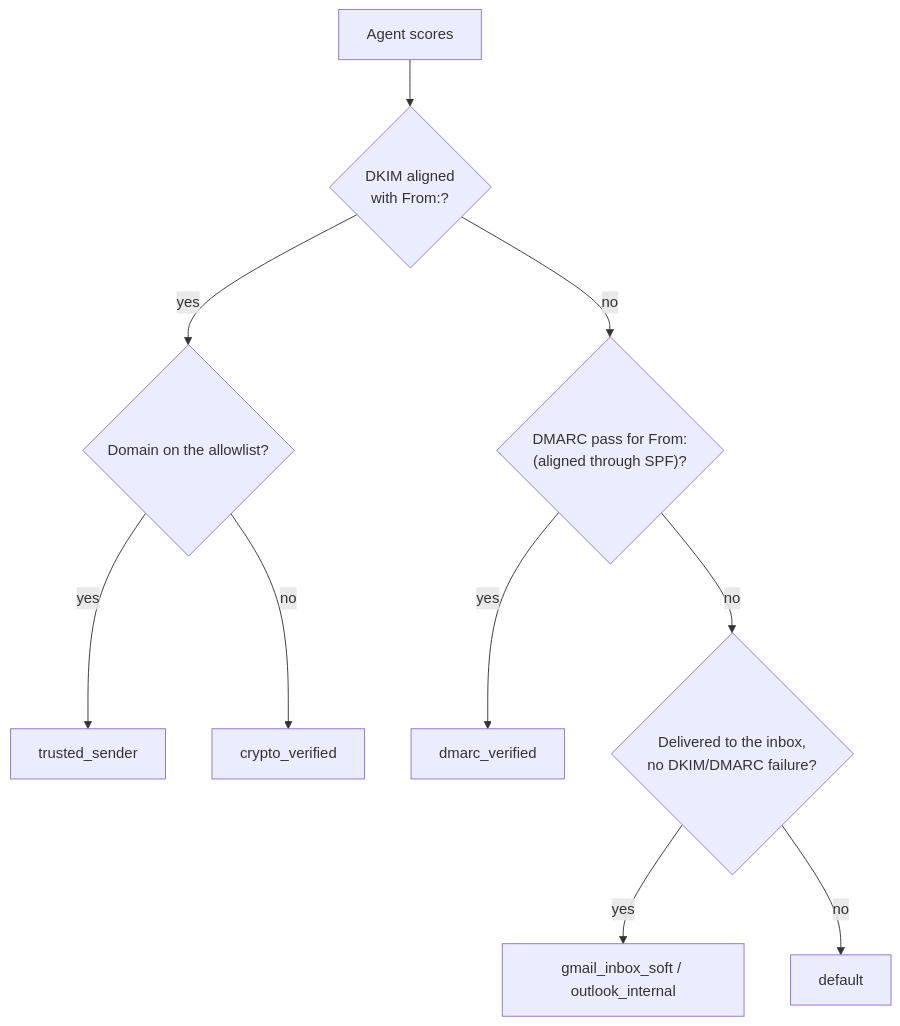
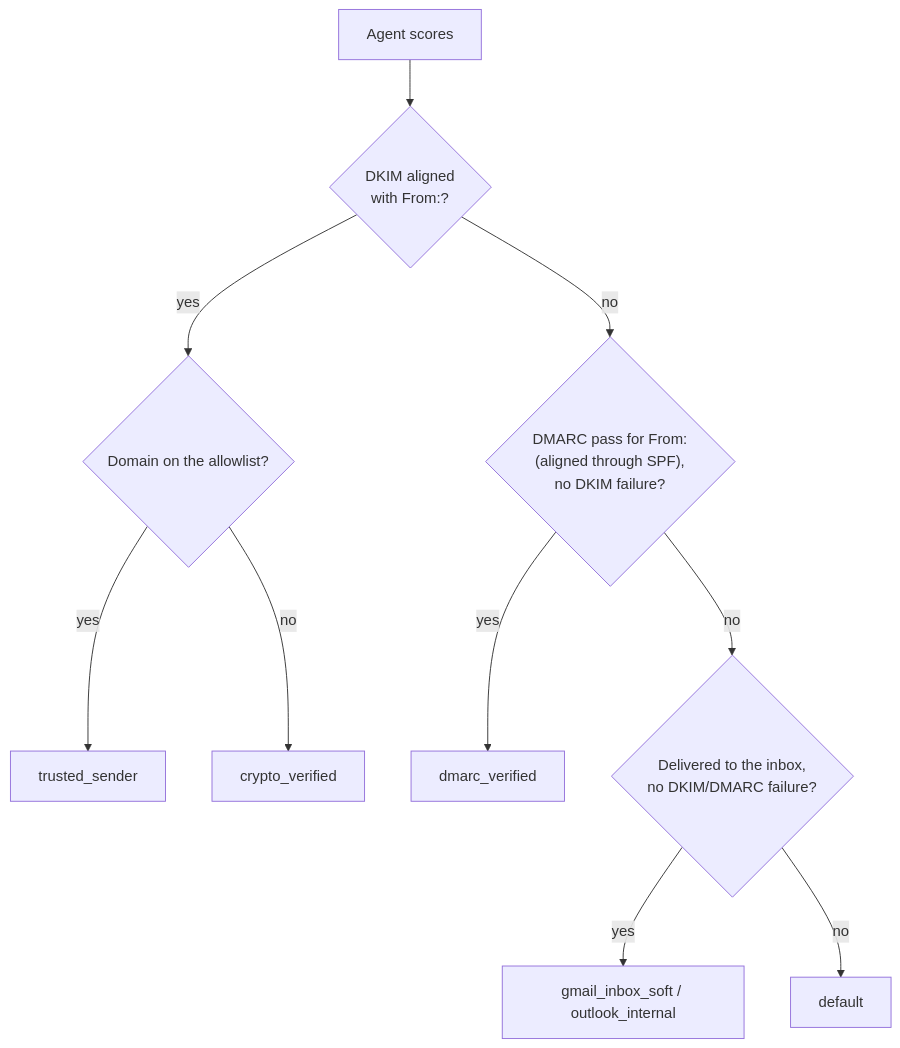
Before and after one commit to AnzouK/PhishLens: the second of 3 diagrams in docs/architecture.md, drawn with Mermaid. The commit also changed other lines of this file and 5 other files, not shown here.

````diff
--- a/docs/architecture.md
+++ b/docs/architecture.md
@@ -53,12 +53,12 @@
 ```mermaid
 flowchart TD
     S["Agent scores"] --> C{"DKIM aligned<br/>with From:?"}
     C -- yes --> T{"Domain on the allowlist?"}
     T -- yes --> P1["trusted_sender"]
     T -- no --> P2["crypto_verified"]
-    C -- no --> D{"DMARC pass for From:<br/>(aligned through SPF)?"}
+    C -- no --> D{"DMARC pass for From:<br/>(aligned through SPF),<br/>no DKIM failure?"}
     D -- yes --> P5["dmarc_verified"]
     D -- no --> I{"Delivered to the inbox,<br/>no DKIM/DMARC failure?"}
     I -- yes --> P3["gmail_inbox_soft / outlook_internal"]
     I -- no --> P4["default"]
 ```
````
